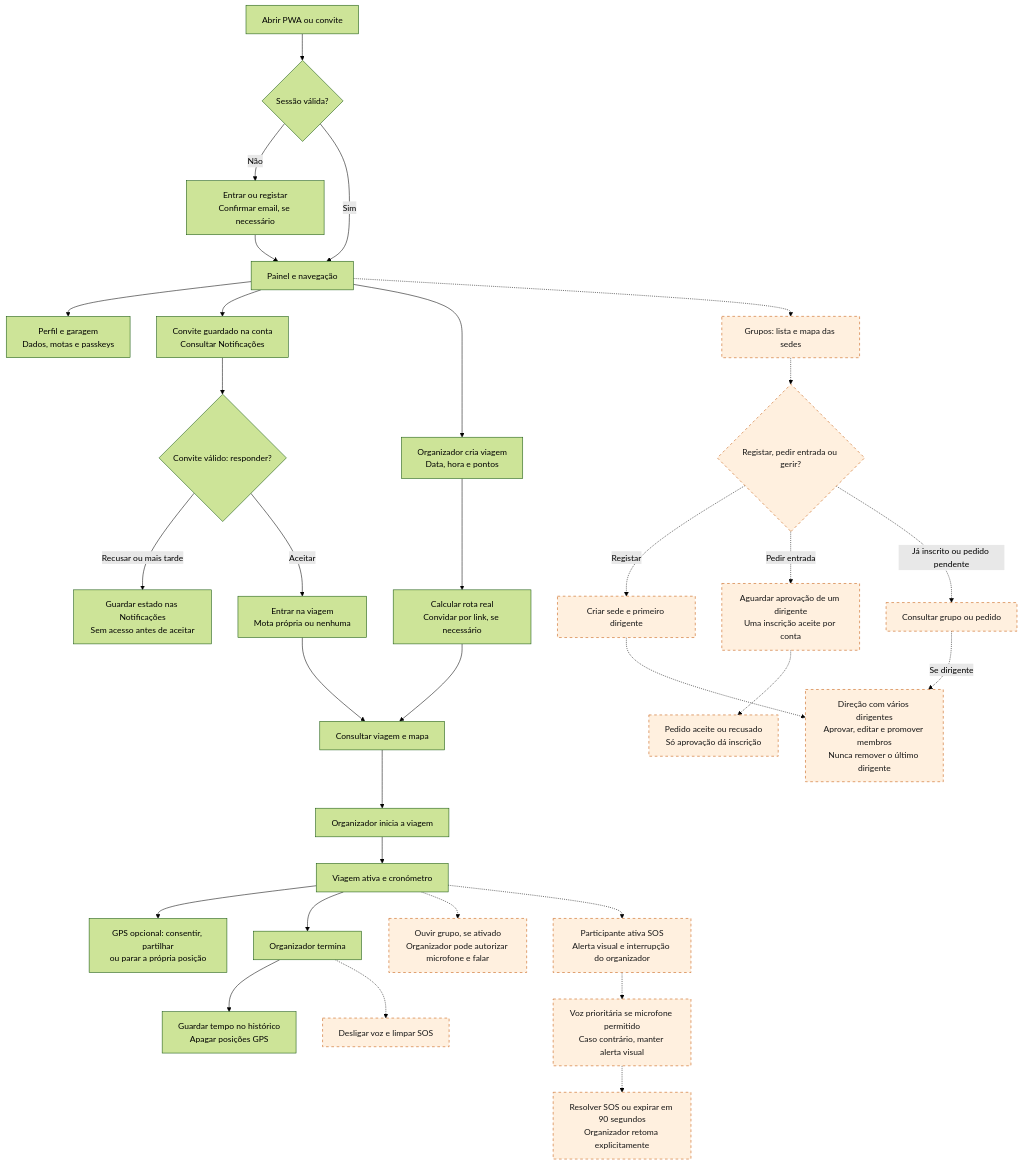
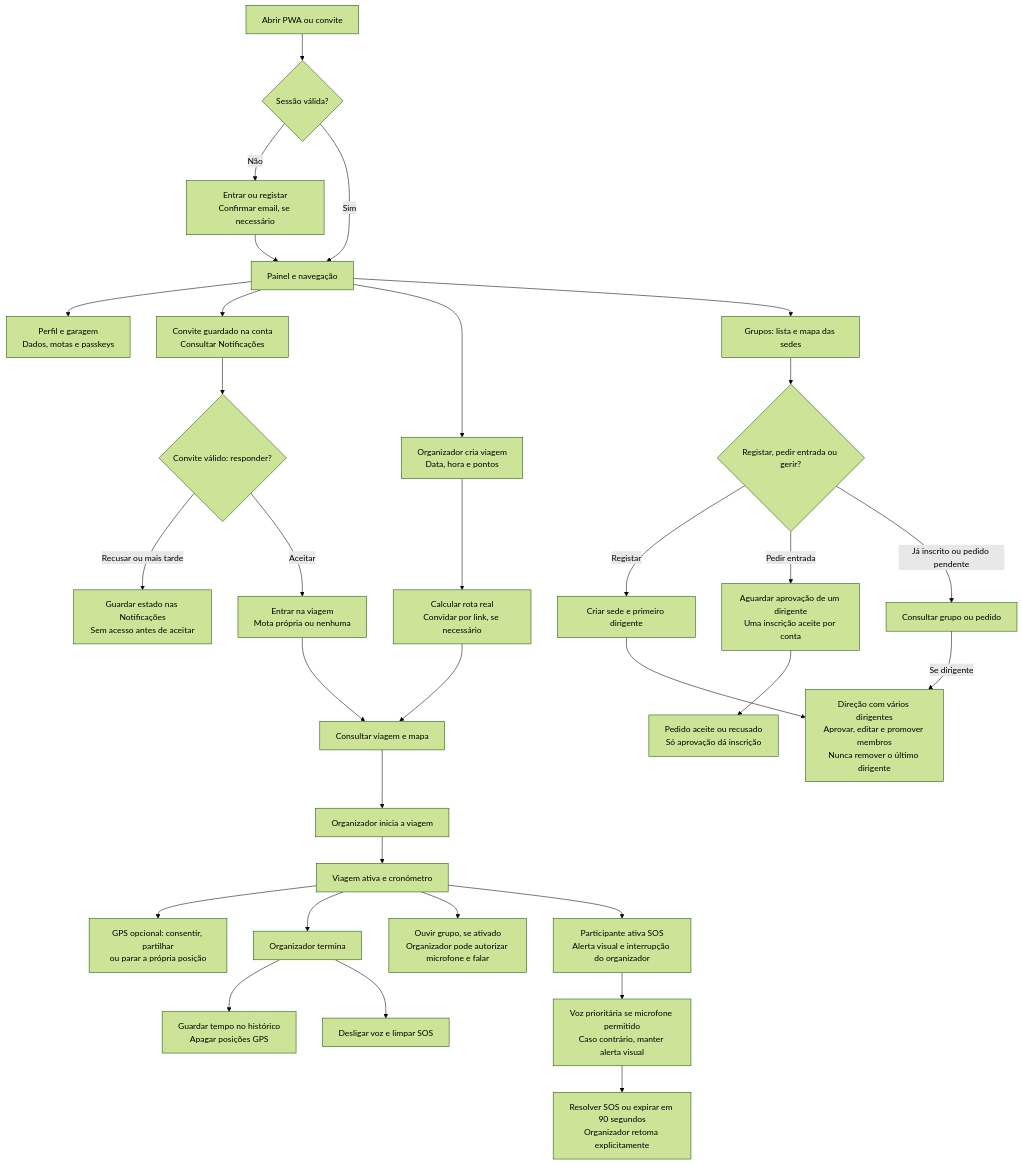
The second of 2 diagrams in README.md (Pedrim-dot-com/rideSync), drawn with Mermaid (forest theme) before and after one commit. The commit also changed other lines of this file and 20 other files, not shown here.

````diff
--- a/README.md
+++ b/README.md
@@ -59,39 +57,37 @@
 ```mermaid
 flowchart TB
     OPEN["Abrir PWA ou convite"] --> SESSION{"Sessão válida?"}
     SESSION -->|"Não"| LOGIN["Entrar ou registar<br/>Confirmar email, se necessário"]
     LOGIN --> HOME["Painel e navegação"]
     SESSION -->|"Sim"| HOME
     HOME --> PROFILE["Perfil e garagem<br/>Dados, motas e passkeys"]
     HOME --> INBOX["Convite guardado na conta<br/>Consultar Notificações"]
     INBOX --> RESPONSE{"Convite válido: responder?"}
     RESPONSE -->|"Recusar ou mais tarde"| KEEP["Guardar estado nas Notificações<br/>Sem acesso antes de aceitar"]
     RESPONSE -->|"Aceitar"| BIKE["Entrar na viagem<br/>Mota própria ou nenhuma"]
     HOME --> CREATE["Organizador cria viagem<br/>Data, hora e pontos"]
     CREATE --> ROUTE["Calcular rota real<br/>Convidar por link, se necessário"]
     ROUTE --> PLAN["Consultar viagem e mapa"]
     BIKE --> PLAN
     PLAN --> START["Organizador inicia a viagem"]
     START --> ACTIVE["Viagem ativa e cronómetro"]
     ACTIVE --> GPS["GPS opcional: consentir, partilhar<br/>ou parar a própria posição"]
     ACTIVE --> FINISH["Organizador termina"]
     FINISH --> HISTORY["Guardar tempo no histórico<br/>Apagar posições GPS"]
 
-    ACTIVE -.-> RADIO["Ouvir grupo, se ativado<br/>Organizador pode autorizar microfone e falar"]
-    ACTIVE -.-> SOS["Participante ativa SOS<br/>Alerta visual e interrupção do organizador"]
-    SOS -.-> PRIORITY["Voz prioritária se microfone permitido<br/>Caso contrário, manter alerta visual"]
-    PRIORITY -.-> RESOLVE["Resolver SOS ou expirar em 90 segundos<br/>Organizador retoma explicitamente"]
-    FINISH -.-> CLOSEVOICE["Desligar voz e limpar SOS"]
+    ACTIVE --> RADIO["Ouvir grupo, se ativado<br/>Organizador pode autorizar microfone e falar"]
+    ACTIVE --> SOS["Participante ativa SOS<br/>Alerta visual e interrupção do organizador"]
+    SOS --> PRIORITY["Voz prioritária se microfone permitido<br/>Caso contrário, manter alerta visual"]
+    PRIORITY --> RESOLVE["Resolver SOS ou expirar em 90 segundos<br/>Organizador retoma explicitamente"]
+    FINISH --> CLOSEVOICE["Desligar voz e limpar SOS"]
 
-    HOME -.-> DIRECTORY["Grupos: lista e mapa das sedes"]
-    DIRECTORY -.-> GROUPACTION{"Registar, pedir entrada ou gerir?"}
-    GROUPACTION -.->|"Registar"| NEWGROUP["Criar sede e primeiro dirigente"]
-    GROUPACTION -.->|"Pedir entrada"| APPROVAL["Aguardar aprovação de um dirigente<br/>Uma inscrição aceite por conta"]
-    GROUPACTION -.->|"Já inscrito ou pedido pendente"| MYGROUP["Consultar grupo ou pedido"]
-    APPROVAL -.-> MEMBER["Pedido aceite ou recusado<br/>Só aprovação dá inscrição"]
-    NEWGROUP -.-> LEADERS["Direção com vários dirigentes<br/>Aprovar, editar e promover membros<br/>Nunca remover o último dirigente"]
-    MYGROUP -.->|"Se dirigente"| LEADERS
+    HOME --> DIRECTORY["Grupos: lista e mapa das sedes"]
+    DIRECTORY --> GROUPACTION{"Registar, pedir entrada ou gerir?"}
+    GROUPACTION -->|"Registar"| NEWGROUP["Criar sede e primeiro dirigente"]
+    GROUPACTION -->|"Pedir entrada"| APPROVAL["Aguardar aprovação de um dirigente<br/>Uma inscrição aceite por conta"]
+    GROUPACTION -->|"Já inscrito ou pedido pendente"| MYGROUP["Consultar grupo ou pedido"]
+    APPROVAL --> MEMBER["Pedido aceite ou recusado<br/>Só aprovação dá inscrição"]
+    NEWGROUP --> LEADERS["Direção com vários dirigentes<br/>Aprovar, editar e promover membros<br/>Nunca remover o último dirigente"]
+    MYGROUP -->|"Se dirigente"| LEADERS
 
-    classDef pending fill:#fff0df,stroke:#c55400,stroke-dasharray:5 5,color:#171717
-    class RADIO,SOS,PRIORITY,RESOLVE,CLOSEVOICE,DIRECTORY,GROUPACTION,NEWGROUP,APPROVAL,MYGROUP,MEMBER,LEADERS pending
 ```
````
